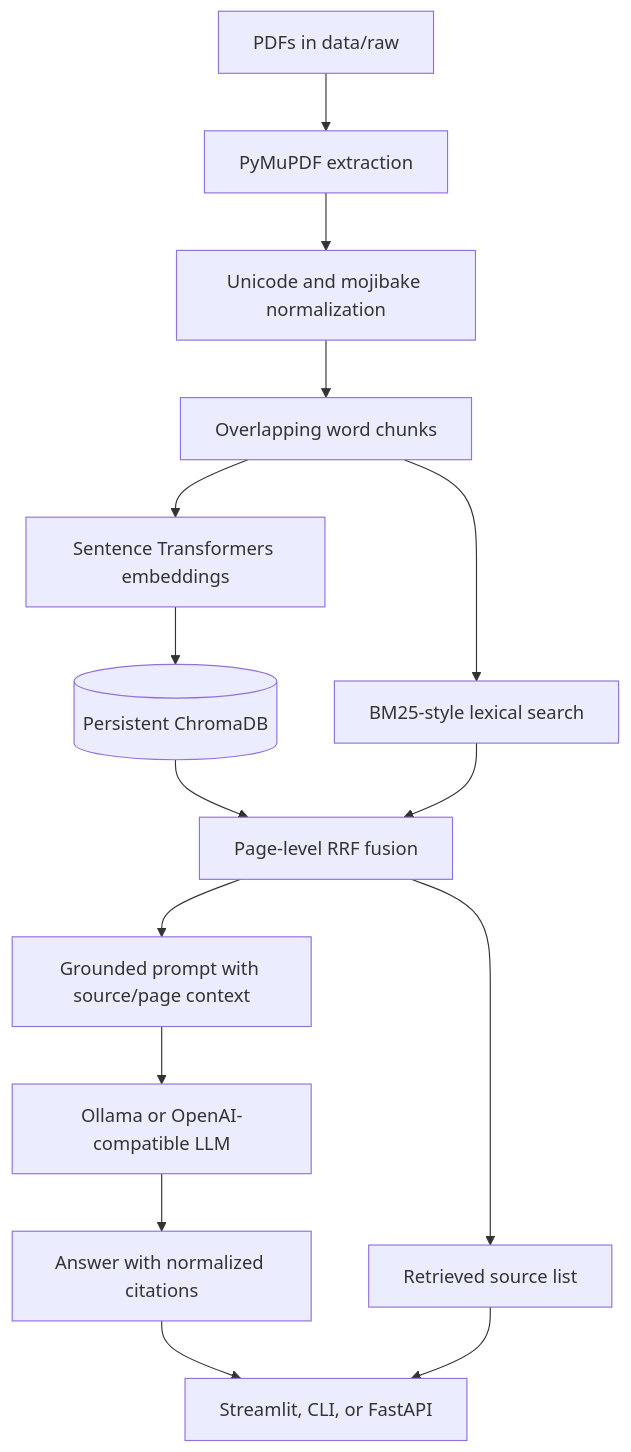
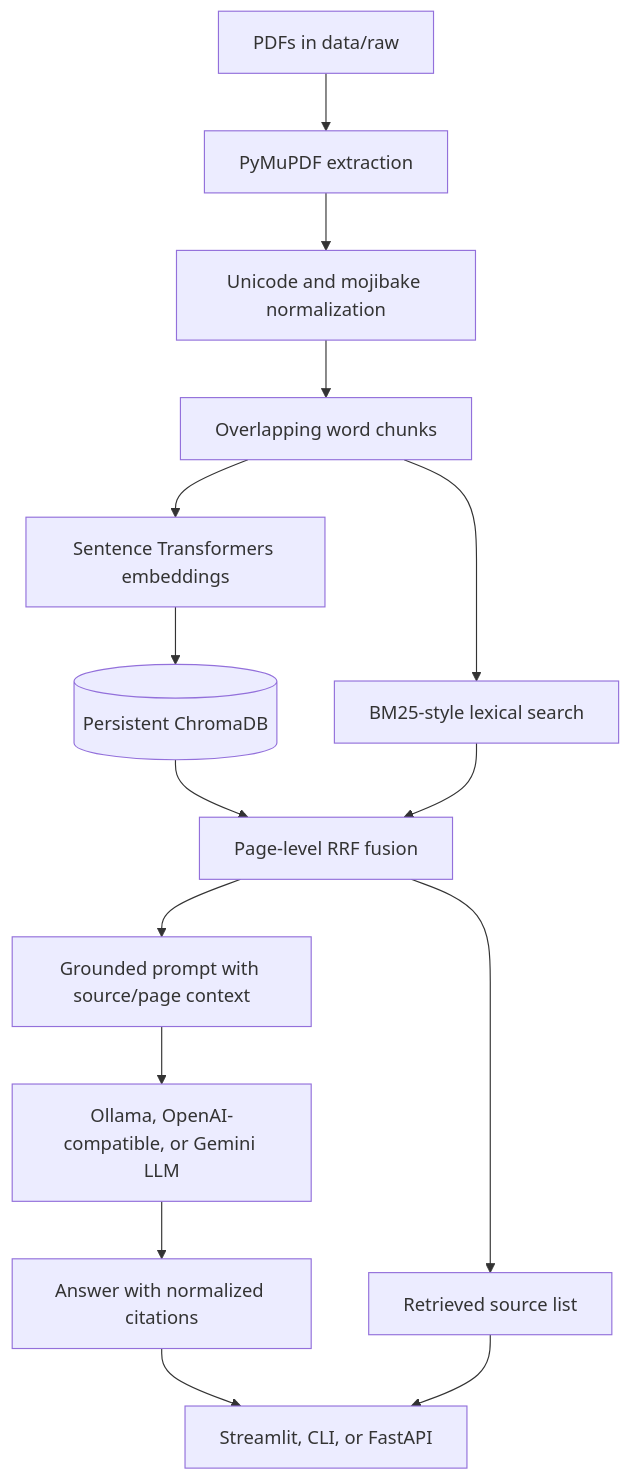
The diagram in README.md (YakshBH/Rag-docs-assistant), drawn with Mermaid before and after one commit. The commit also changed other lines of this file and 5 other files, not shown here.

Commit message:
Add Gemini LLM provider support

````diff
--- a/README.md
+++ b/README.md
@@ -36,17 +36,17 @@
 ```mermaid
 flowchart TD
     A[PDFs in data/raw] --> B[PyMuPDF extraction]
     B --> C[Unicode and mojibake normalization]
     C --> D[Overlapping word chunks]
     D --> E[Sentence Transformers embeddings]
     E --> F[(Persistent ChromaDB)]
     D --> G[BM25-style lexical search]
     F --> H[Page-level RRF fusion]
     G --> H
     H --> I[Grounded prompt with source/page context]
-    I --> J[Ollama or OpenAI-compatible LLM]
+    I --> J[Ollama, OpenAI-compatible, or Gemini LLM]
     J --> K[Answer with normalized citations]
     H --> L[Retrieved source list]
     K --> M[Streamlit, CLI, or FastAPI]
     L --> M
 ```
````
